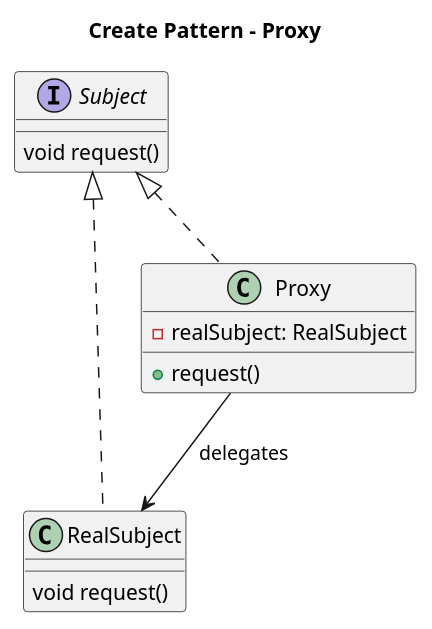
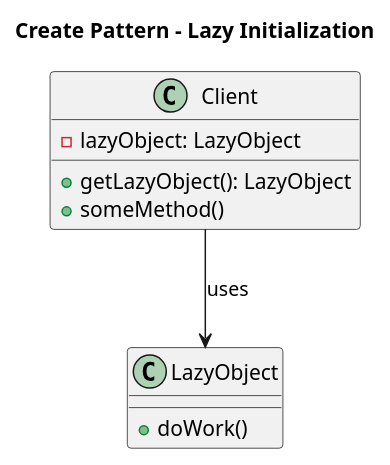
The seventh of 9 diagrams in DesignPatterns/CreationPatterns.md (mwwhited-notes/shared), drawn with PlantUML before and after one commit. The commit also changed other lines of this file and 6 other files, not shown here.

````diff
--- a/DesignPatterns/CreationPatterns.md
+++ b/DesignPatterns/CreationPatterns.md
@@ -229,19 +227,16 @@
 ```plantuml
-title: Create Pattern - Proxy
+title: Create Pattern - Lazy Initialization
 
-interface Subject {
-    void request()
+class Client {
+    - lazyObject: LazyObject
+    + getLazyObject(): LazyObject
+    + someMethod()
 }
 
-class RealSubject implements Subject {
-    void request()
+class LazyObject {
+    + doWork()
 }
 
-class Proxy implements Subject {
-    - realSubject: RealSubject
-    + request()
-}
-
-Proxy --> RealSubject: delegates
+Client --> LazyObject: uses
 
 ```
````
